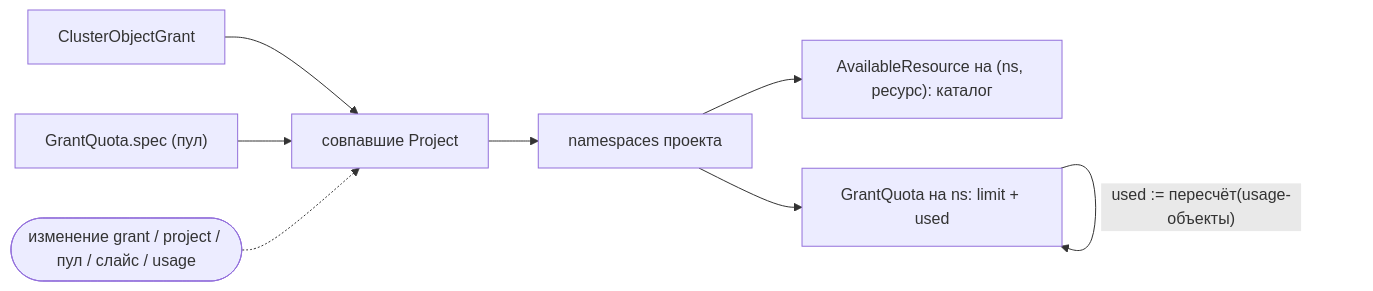
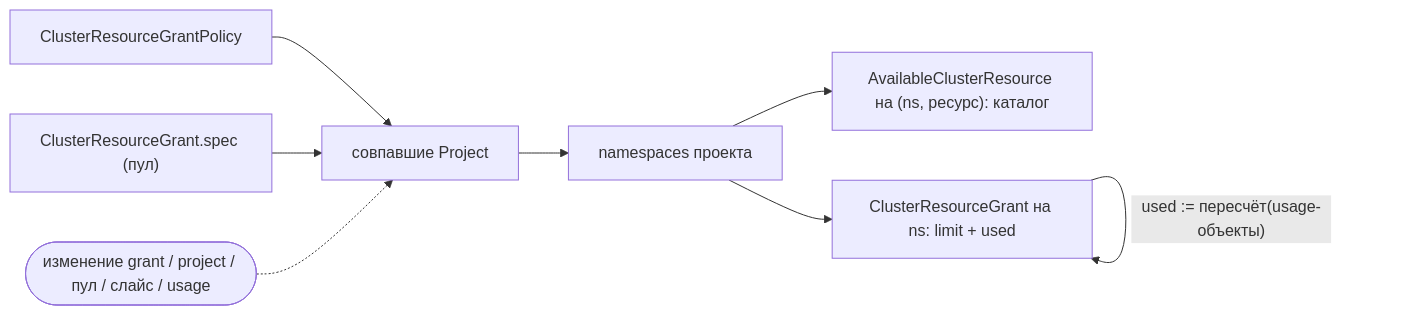
The third of 4 diagrams in modules/160-multitenancy-manager/docs/internal/CLUSTER_OBJECT_GRANTS_DESIGN_RU.md (deckhouse/deckhouse), drawn with Mermaid before and after one commit. The commit also changed other lines of this file and 45 other files, not shown here.

First line of the commit message:
[multitenancy-manager] rename CRDs to cluster-resource terminology

````diff
--- a/modules/160-multitenancy-manager/docs/internal/CLUSTER_OBJECT_GRANTS_DESIGN_RU.md
+++ b/modules/160-multitenancy-manager/docs/internal/CLUSTER_OBJECT_GRANTS_DESIGN_RU.md
@@ -374,10 +374,10 @@
 ```mermaid
 flowchart LR
-  G[ClusterObjectGrant] --> P[совпавшие Project]
-  GQ["GrantQuota.spec (пул)"] --> P
+  G[ClusterResourceGrantPolicy] --> P[совпавшие Project]
+  GQ["ClusterResourceGrant.spec (пул)"] --> P
   P --> N[namespaces проекта]
-  N --> A["AvailableResource на (ns, ресурс): каталог"]
-  N --> Q["GrantQuota на ns: limit + used"]
+  N --> A["AvailableClusterResource на (ns, ресурс): каталог"]
+  N --> Q["ClusterResourceGrant на ns: limit + used"]
   Q -- "used := пересчёт(usage-объекты)" --> Q
   T(["изменение grant / project / пул / слайс / usage"]) -.-> P
 ```
````
